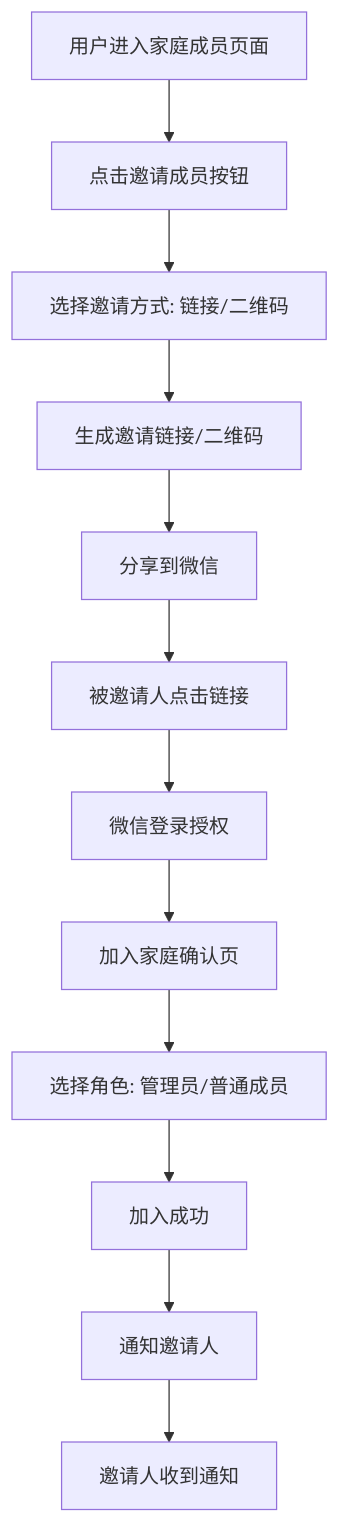
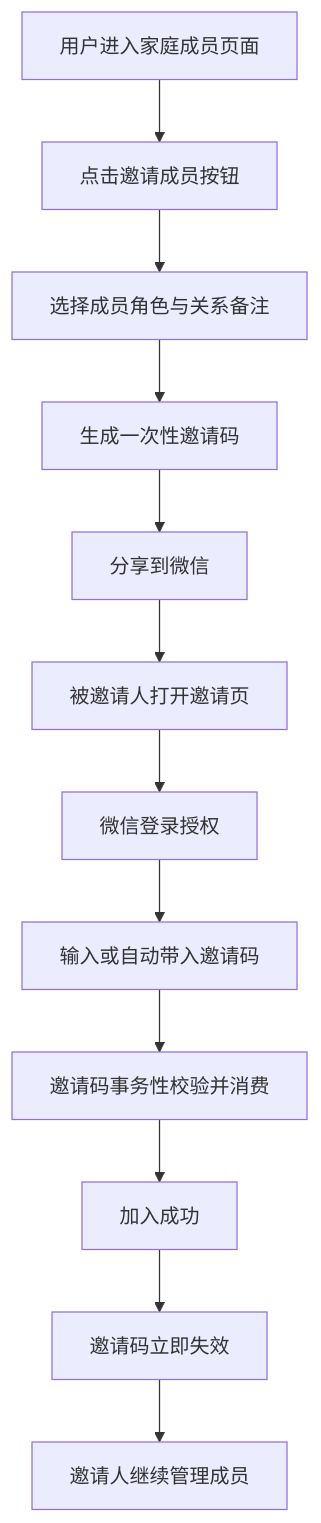
Before and after one commit to merlinjc/baby-record: the second of 2 diagrams in prd-baby-photo-record-2026-05-21.md, drawn with Mermaid. The commit also changed other lines of this file and 242 other files, not shown here.

````diff
--- a/prd-baby-photo-record-2026-05-21.md
+++ b/prd-baby-photo-record-2026-05-21.md
@@ -655,14 +655,14 @@
 ```mermaid
 graph TD
     A[用户进入家庭成员页面] --> B[点击邀请成员按钮]
-    B --> C[选择邀请方式: 链接/二维码]
-    C --> D[生成邀请链接/二维码]
+    B --> C[选择成员角色与关系备注]
+    C --> D[生成一次性邀请码]
     D --> E[分享到微信]
-    E --> F[被邀请人点击链接]
+    E --> F[被邀请人打开邀请页]
     F --> G[微信登录授权]
-    G --> H[加入家庭确认页]
-    H --> I[选择角色: 管理员/普通成员]
+    G --> H[输入或自动带入邀请码]
+    H --> I[邀请码事务性校验并消费]
     I --> J[加入成功]
-    J --> K[通知邀请人]
-    K --> L[邀请人收到通知]
+    J --> K[邀请码立即失效]
+    K --> L[邀请人继续管理成员]
 ```
````
